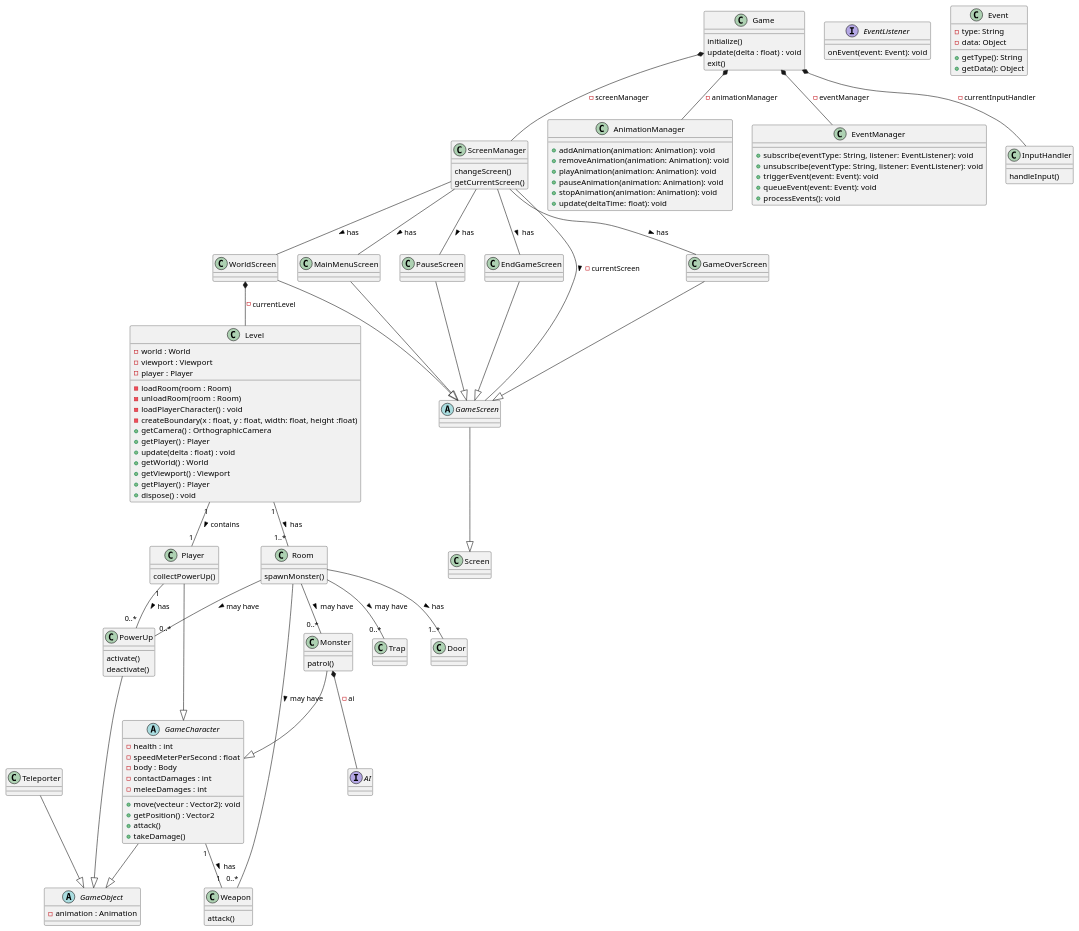
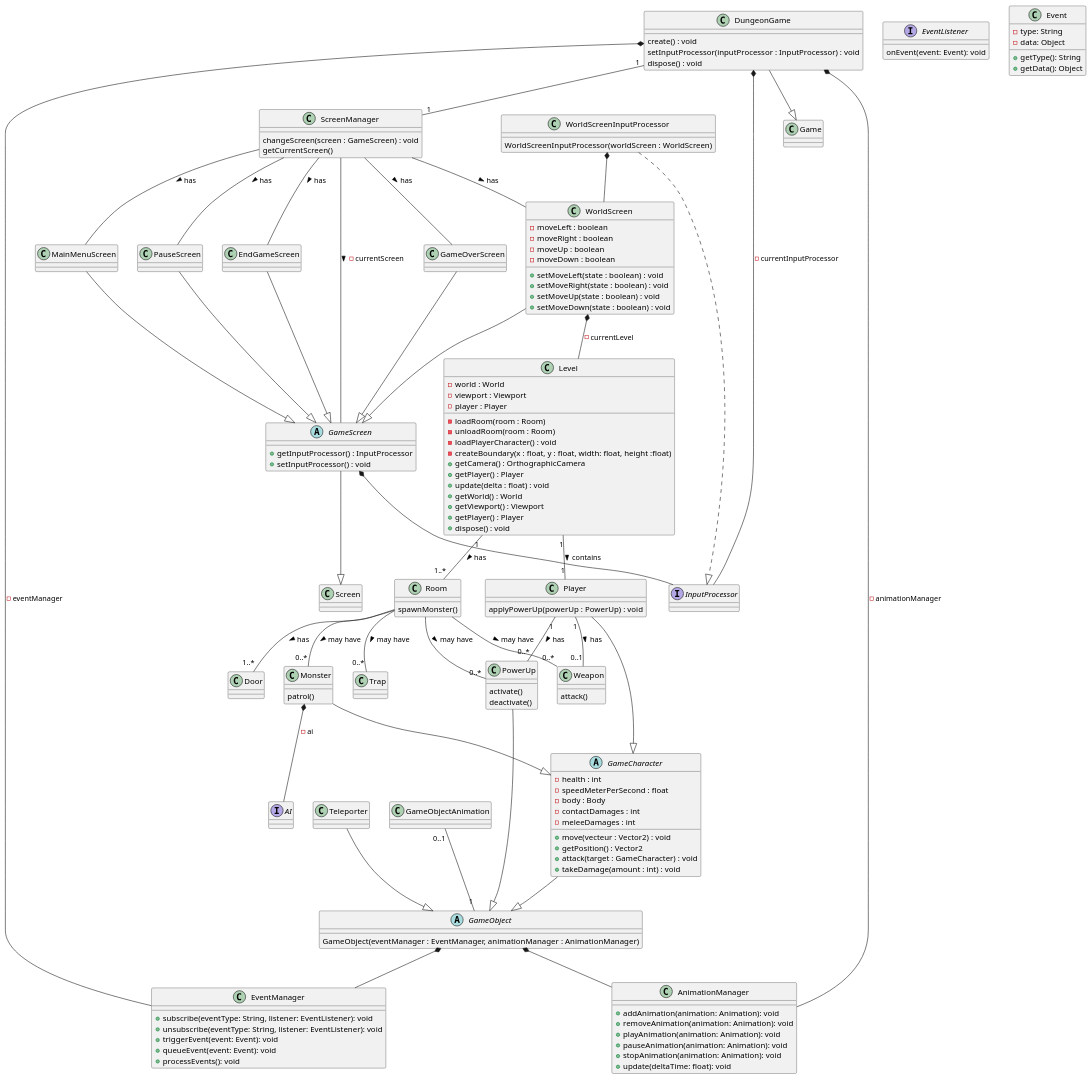
One commit to lmtb06/Dungeon changed the diagram in diagrammes/classes/sprint1version2.puml. Above: the diagram before and after it, drawn with PlantUML.

Commit message:
Mise à jour du diagramme de classes (gestion des inputProcessors)

```diff
--- a/diagrammes/classes/sprint1version2.puml
+++ b/diagrammes/classes/sprint1version2.puml
@@ -1,176 +1,196 @@
 @startuml
 
-class Game {
-    initialize()
-    update(delta : float) : void
-    exit()
+abstract class GameObject {
+    GameObject(eventManager : EventManager, animationManager : AnimationManager)
 }
+GameObject *-- EventManager
+GameObject *-- AnimationManager
 
-Game *-- ScreenManager : -screenManager
-Game *-- AnimationManager : -animationManager
-Game *-- EventManager : -eventManager
-Game *-- InputHandler : -currentInputHandler
-
-abstract class GameObject {
-    - animation : Animation
+interface AI {
 }
 
 abstract class GameCharacter {
     - health : int
     - speedMeterPerSecond : float
     - body : Body
     - contactDamages : int
     - meleeDamages : int
-    + move(vecteur : Vector2): void
+    + move(vecteur : Vector2) : void
     + getPosition() : Vector2
-    + attack()
-    + takeDamage()
+    + attack(target : GameCharacter) : void
+    + takeDamage(amount : int) : void
 }
 GameCharacter --|> GameObject
 
-GameCharacter "1" -- "1" Weapon : has >
 
 class Player {
-    collectPowerUp()
+    applyPowerUp(powerUp : PowerUp) : void
 }
 Player --|> GameCharacter
+Player "1" -- "0..1" Weapon : has >
 Player "1" -- "0..*" PowerUp : has >
 
 
 class Monster {
     patrol()
 }
 Monster --|> GameCharacter
 Monster *-- AI : -ai
 
 class Weapon {
     attack()
 }
 
 class PowerUp {
     activate()
     deactivate()
 }
 PowerUp --|> GameObject
 
 class Trap {
 
 }
 
 class Teleporter {
 
 }
 Teleporter --|> GameObject
 
 class Level {
     - world : World
     - viewport : Viewport
     - player : Player
     - loadRoom(room : Room)
     - unloadRoom(room : Room)
     - loadPlayerCharacter() : void
     - createBoundary(x : float, y : float, width: float, height :float)
     + getCamera() : OrthographicCamera
     + getPlayer() : Player
     + update(delta : float) : void
     + getWorld() : World
     + getViewport() : Viewport
     + getPlayer() : Player
     + dispose() : void
 }
 
 Level "1"--"1..*" Room : has >
 Level "1"--"1" Player : contains >
 
 class Room {
     spawnMonster()
 }
 
 Room -- "0..*" PowerUp : may have >
 Room -- "0..*" Weapon : may have >
 Room -- "1..*" Door : has >
 Room -- "0..*" Trap : may have >
 Room -- "0..*" Monster : may have >
 
 class Door {
 
 }
 
+
+class DungeonGame {
+    create() : void
+    setInputProcessor(inputProcessor : InputProcessor) : void
+    dispose() : void
+}
+DungeonGame --|> Game
+DungeonGame "1"--"1" ScreenManager
+DungeonGame *-- AnimationManager : -animationManager
+DungeonGame *-- EventManager : -eventManager
+DungeonGame *-- InputProcessor : -currentInputProcessor
+
 class ScreenManager {
-    changeScreen()
+    changeScreen(screen : GameScreen) : void
     getCurrentScreen()
 }
-
 ScreenManager -- GameScreen : -currentScreen >
 ScreenManager -- GameOverScreen : has >
 ScreenManager -- WorldScreen : has >
 ScreenManager -- MainMenuScreen : has >
 ScreenManager -- PauseScreen : has >
 ScreenManager -- EndGameScreen : has >
 
-abstract GameScreen {}
+abstract GameScreen {
+    + getInputProcessor() : InputProcessor
+    + setInputProcessor() : void
+}
 GameScreen --|> Screen
+GameScreen *-- InputProcessor
+MainMenuScreen --|> GameScreen
+WorldScreen --|> GameScreen
+PauseScreen --|> GameScreen
+GameOverScreen --|> GameScreen
+EndGameScreen --|> GameScreen
 
 class MainMenuScreen {
 
 }
 
+
 class WorldScreen {
-
+    - moveLeft : boolean
+    - moveRight : boolean
+    - moveUp : boolean
+    - moveDown : boolean
+    + setMoveLeft(state : boolean) : void
+    + setMoveRight(state : boolean) : void
+    + setMoveUp(state : boolean) : void
+    + setMoveDown(state : boolean) : void
 }
 WorldScreen *-- Level : -currentLevel
 
 class PauseScreen {
 
 }
 
 class GameOverScreen {
 
 }
 
 class EndGameScreen {
 
 }
 
-MainMenuScreen --|> GameScreen
-WorldScreen --|> GameScreen
-PauseScreen --|> GameScreen
-GameOverScreen --|> GameScreen
-EndGameScreen --|> GameScreen
-
 class AnimationManager {
     + addAnimation(animation: Animation): void
     + removeAnimation(animation: Animation): void
     + playAnimation(animation: Animation): void
     + pauseAnimation(animation: Animation): void
     + stopAnimation(animation: Animation): void
     + update(deltaTime: float): void
 }
+
+class GameObjectAnimation {
+    
+}
+GameObjectAnimation "0..1"--"1" GameObject
 
 class EventManager {
     + subscribe(eventType: String, listener: EventListener): void
     + unsubscribe(eventType: String, listener: EventListener): void
     + triggerEvent(event: Event): void
     + queueEvent(event: Event): void
     + processEvents(): void
 }
 
 interface EventListener {
     onEvent(event: Event): void
 }
 
 class Event {
     - type: String
     - data: Object
     + getType(): String
     + getData(): Object
 }
 
-class InputHandler {
-    handleInput()
+class WorldScreenInputProcessor {
+    WorldScreenInputProcessor(worldScreen : WorldScreen)
 }
-
-interface AI {
-}
-
+WorldScreenInputProcessor ..|> InputProcessor
+WorldScreenInputProcessor *-- WorldScreen
+interface InputProcessor
 @enduml
```
